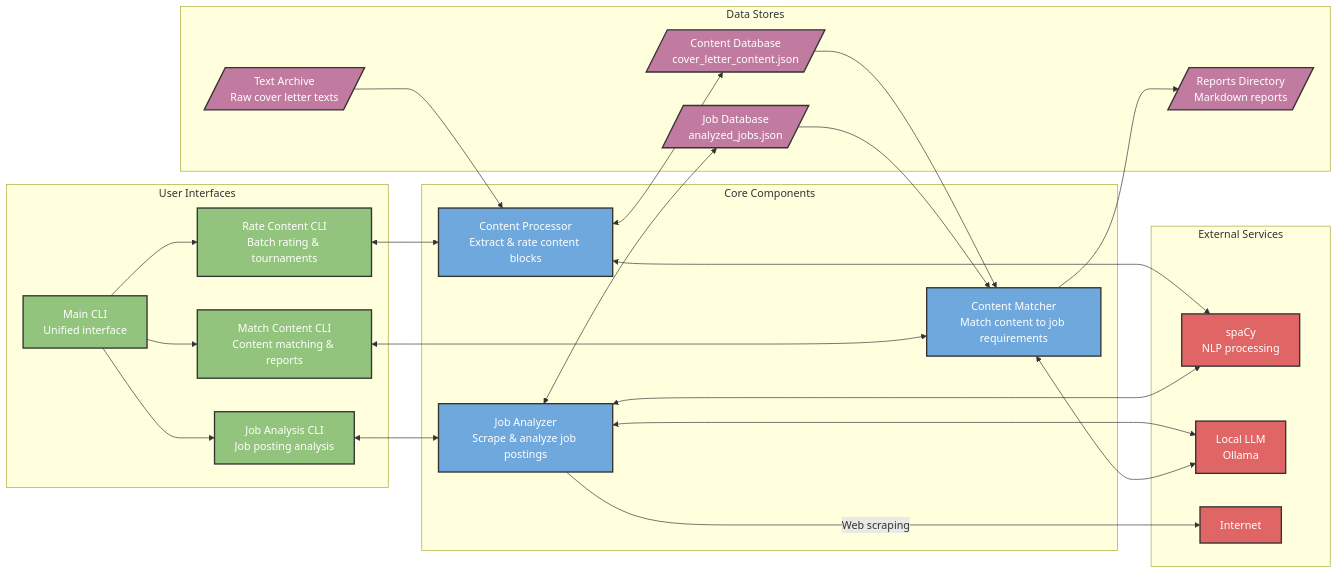
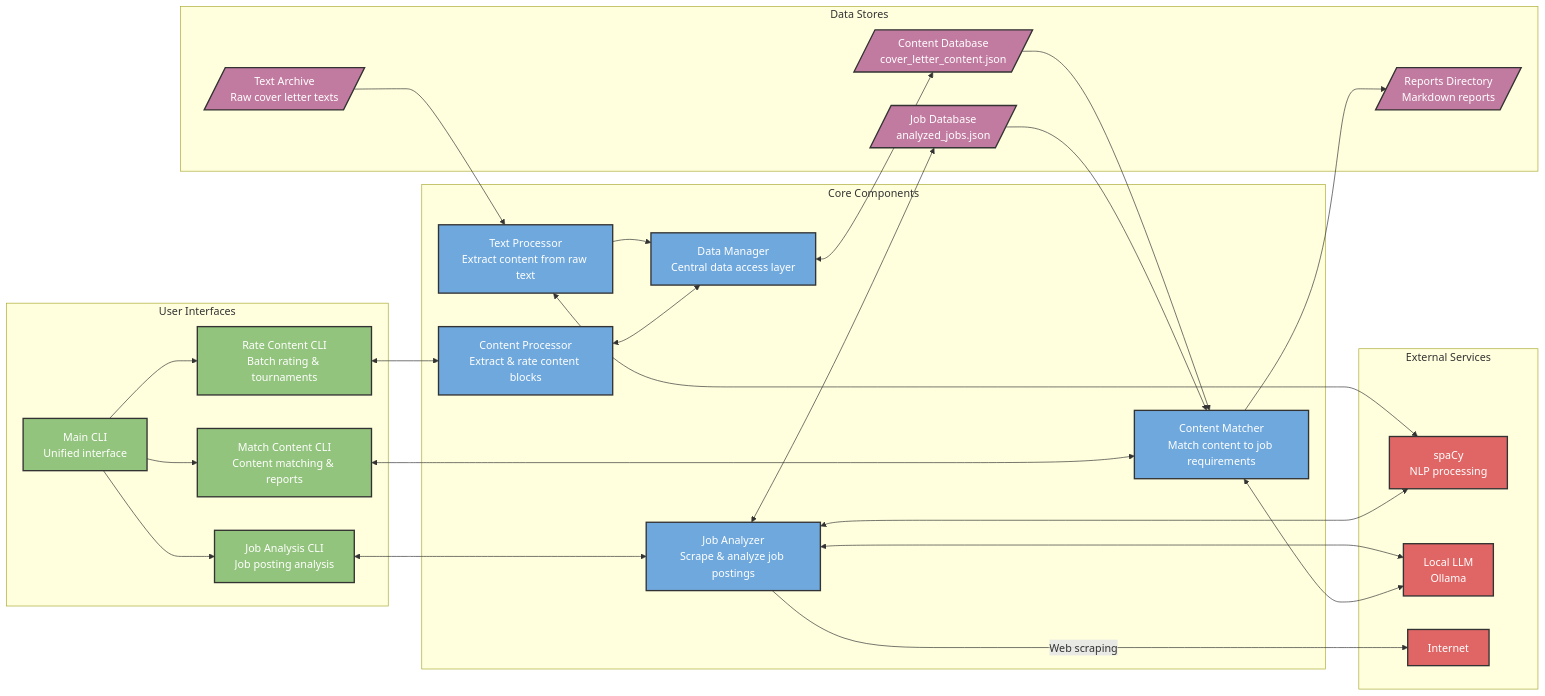
Before and after one commit to jonamar/coverletter_wiz: the diagram in README.md, drawn with Mermaid. The commit also changed other lines of this file and 7 other files, not shown here.

````diff
--- a/README.md
+++ b/README.md
@@ -67,67 +67,72 @@
 ```mermaid
 flowchart LR
   %% Data Stores
   subgraph DS[Data Stores]
       RawText[/"Text Archive<br>Raw cover letter texts"/]
       ContentDB[/"Content Database<br>cover_letter_content.json"/]
       JobDB[/"Job Database<br>analyzed_jobs.json"/]
       Reports[/"Reports Directory<br>Markdown reports"/]
   end
 
   %% Core Components
   subgraph Core[Core Components]
+      TextProcessor["Text Processor<br>Extract content from raw text"]
+      DataManager["Data Manager<br>Central data access layer"]
       ContentProcessor["Content Processor<br>Extract & rate content blocks"]
       JobAnalyzer["Job Analyzer<br>Scrape & analyze job postings"]
       ContentMatcher["Content Matcher<br>Match content to job requirements"]
   end
 
   %% External Services
   subgraph Ext[External Services]
       SpaCy["spaCy<br>NLP processing"]
       LLM["Local LLM<br>Ollama"]
       Internet["Internet"]
   end
 
   %% User Interfaces
   subgraph UI[User Interfaces]
       RateUI["Rate Content CLI<br>Batch rating & tournaments"]
       JobUI["Job Analysis CLI<br>Job posting analysis"]
       MatchUI["Match Content CLI<br>Content matching & reports"]
       MainUI["Main CLI<br>Unified interface"]
   end
 
-  %% Flows (connections remain unchanged)
-  RawText --> ContentProcessor
-  ContentProcessor <--> ContentDB
+  %% Flows
+  RawText --> TextProcessor
+  TextProcessor --> DataManager
+  DataManager <--> ContentDB
+
+  ContentProcessor <--> DataManager
 
   JobAnalyzer <--> JobDB
   JobAnalyzer -->|Web scraping| Internet
 
-  ContentProcessor <--> SpaCy
+  TextProcessor <--> SpaCy
   JobAnalyzer <--> SpaCy
   JobAnalyzer <--> LLM
 
   ContentDB --> ContentMatcher
   JobDB --> ContentMatcher
   ContentMatcher --> Reports
   ContentMatcher <--> LLM
 
   RateUI <--> ContentProcessor
   JobUI <--> JobAnalyzer
   MatchUI <--> ContentMatcher
 
   MainUI --> RateUI
   MainUI --> JobUI
   MainUI --> MatchUI
   
   %% Style Definitions (High contrast)
   classDef dataStore fill:#c27ba0,stroke:#333,stroke-width:2px,color:#fff;
   classDef core fill:#6fa8dc,stroke:#333,stroke-width:2px,color:#fff;
   classDef ui fill:#93c47d,stroke:#333,stroke-width:2px,color:#fff;
   classDef external fill:#e06666,stroke:#333,stroke-width:2px,color:#fff;
   
   class RawText,ContentDB,JobDB,Reports dataStore;
-  class ContentProcessor,JobAnalyzer,ContentMatcher core;
+  class TextProcessor,DataManager,ContentProcessor,JobAnalyzer,ContentMatcher core;
   class RateUI,JobUI,MatchUI,MainUI ui;
   class SpaCy,LLM,Internet external;
 ```
````
